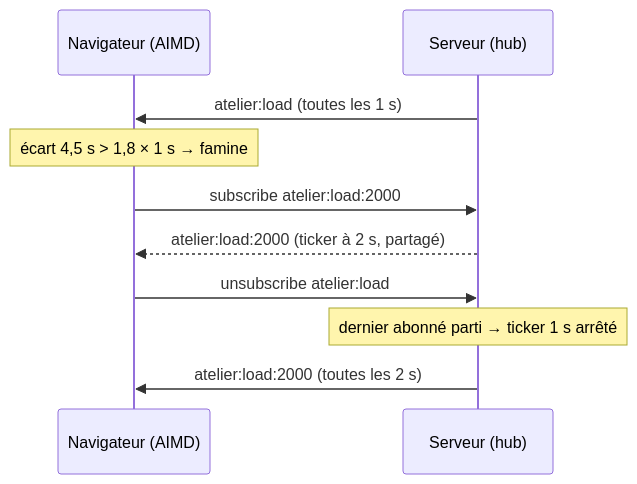
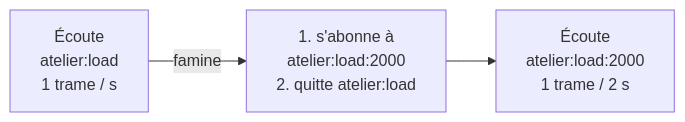
The third of 8 diagrams in src/packages/@nodefony/realtime/docs/cadence-et-contre-pression.md (nodefony/nodefony-core), drawn with Mermaid before and after one commit. The commit also changed other lines of this file and 2 other files, not shown here.

````diff
--- a/src/packages/@nodefony/realtime/docs/cadence-et-contre-pression.md
+++ b/src/packages/@nodefony/realtime/docs/cadence-et-contre-pression.md
@@ -316,12 +342,5 @@
 ```mermaid
-sequenceDiagram
-  participant C as Navigateur (AIMD)
-  participant H as Serveur (hub)
-  H->>C: atelier:load (toutes les 1 s)
-  Note over C: écart 4,5 s > 1,8 × 1 s → famine
-  C->>H: subscribe atelier:load:2000
-  H-->>C: atelier:load:2000 (ticker à 2 s, partagé)
-  C->>H: unsubscribe atelier:load
-  Note over H: dernier abonné parti → ticker 1 s arrêté
-  H->>C: atelier:load:2000 (toutes les 2 s)
+flowchart LR
+  A["Écoute<br/>atelier:load<br/>1 trame / s"] -->|"famine"| B["1. s'abonne à<br/>atelier:load:2000<br/>2. quitte atelier:load"]
+  B --> C["Écoute<br/>atelier:load:2000<br/>1 trame / 2 s"]
 ```
````
